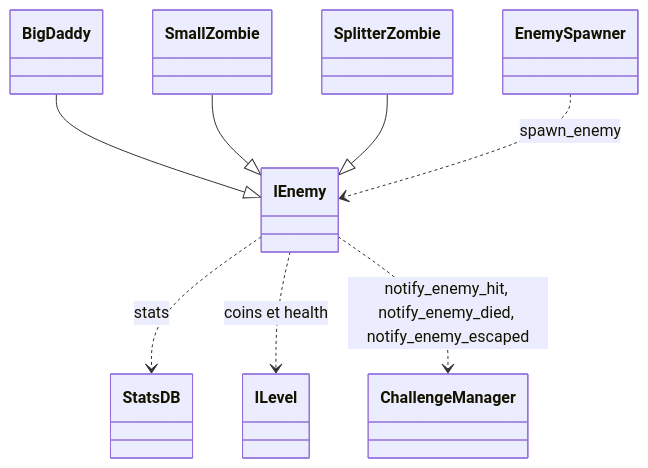
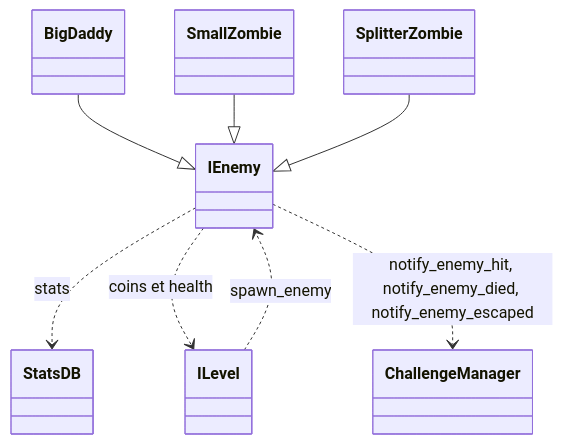
One commit to Cat-aclsym/documentation changed the diagram in src/content/docs/development/models/enemy-model.md. Above: the diagram before and after it, drawn with Mermaid. The commit also changed other lines of this file and 14 other files, not shown here.

Commit message:
docs(models): Document the single state machine, the wave tick timer, ILevel.spawn_enemy, StatsDB.apply_fields and the paused gating of deferred effects.

````diff
--- a/src/content/docs/development/models/enemy-model.md
+++ b/src/content/docs/development/models/enemy-model.md
@@ -13,10 +13,10 @@
 ```mermaid
 classDiagram
     BigDaddy --|> IEnemy
     SmallZombie --|> IEnemy
     SplitterZombie --|> IEnemy
-    EnemySpawner ..> IEnemy : spawn_enemy
+    ILevel ..> IEnemy : spawn_enemy
     IEnemy ..> StatsDB : stats
     IEnemy ..> ILevel : coins et health
     IEnemy ..> ChallengeManager : notify_enemy_hit, notify_enemy_died, notify_enemy_escaped
 ```
````
